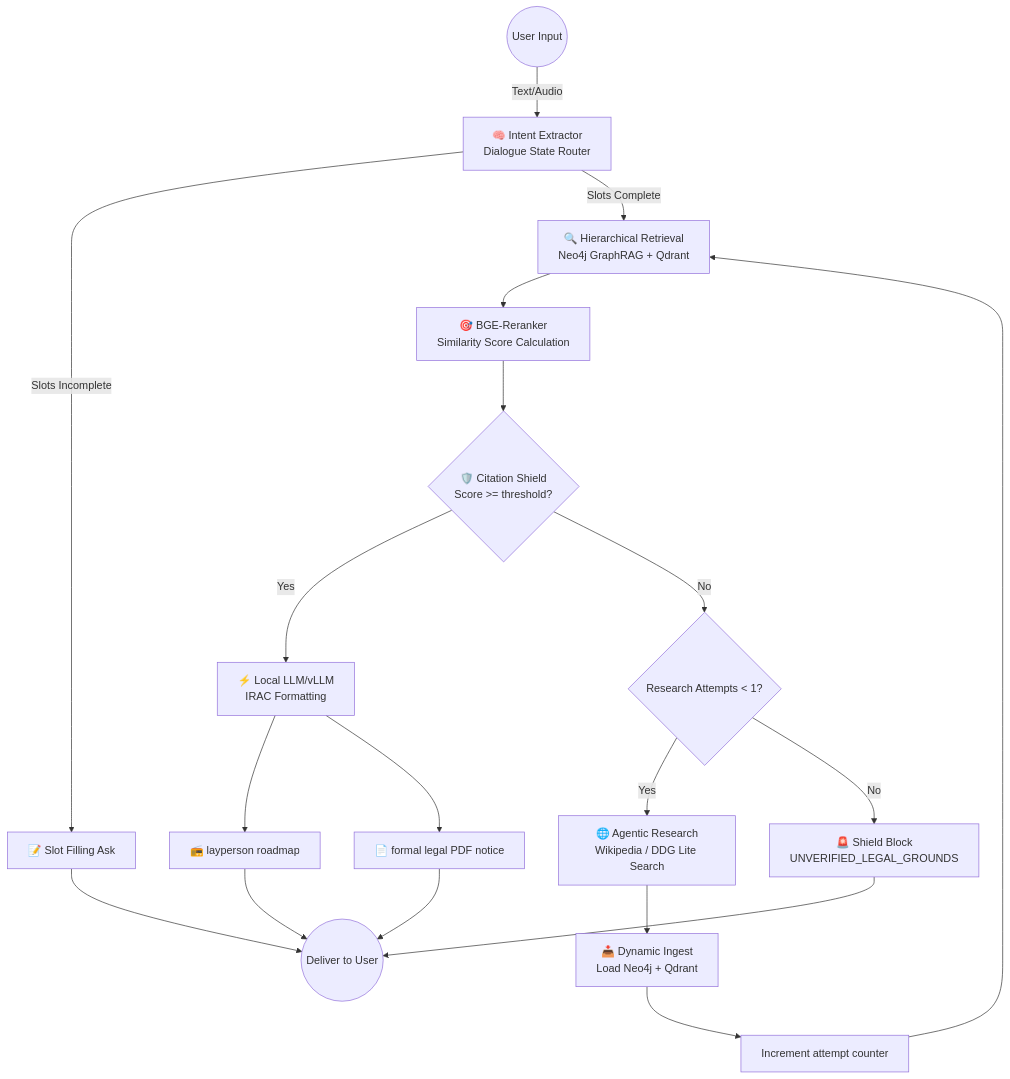
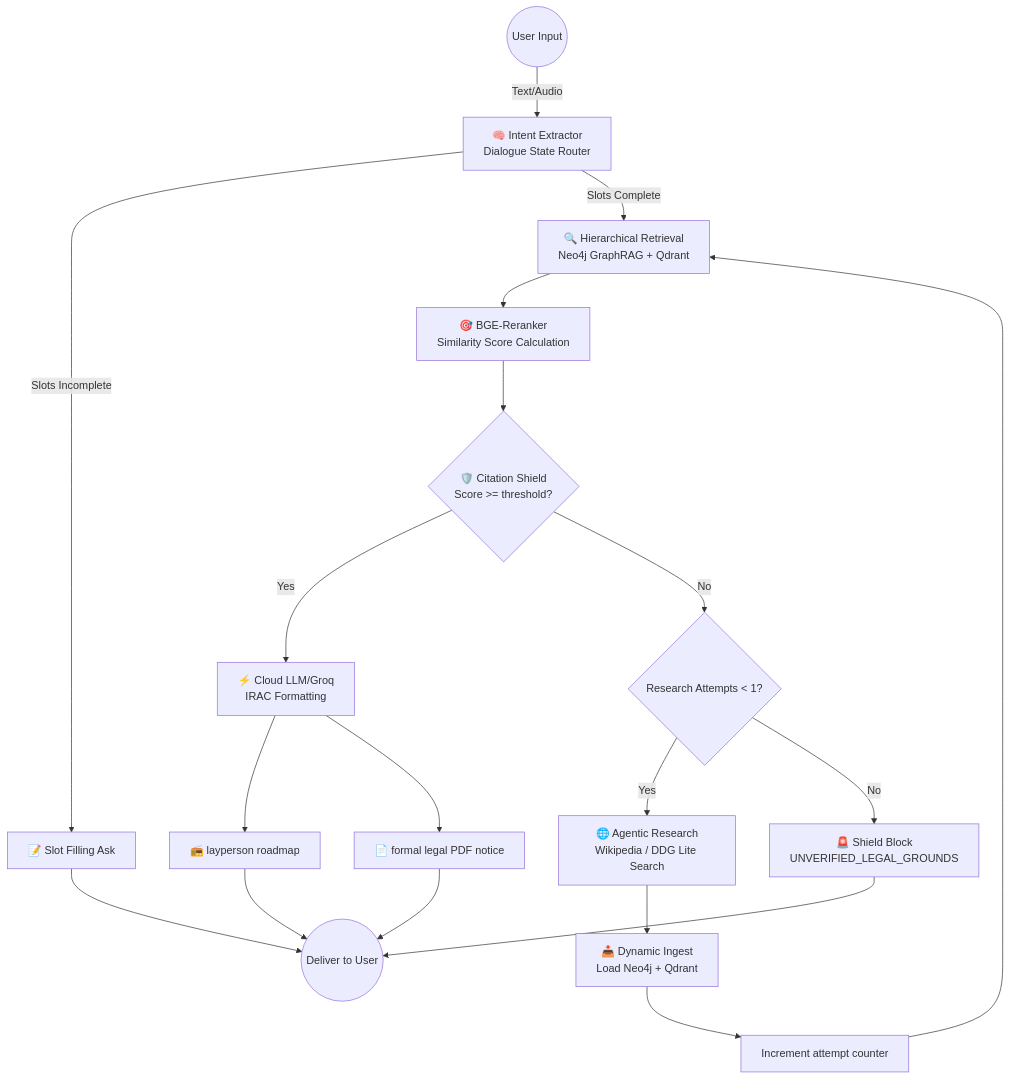
Before and after one commit to vishnup102002/LegalMind: the first of 2 diagrams in README.md, drawn with Mermaid. The commit also changed other lines of this file, not shown here.

````diff
--- a/README.md
+++ b/README.md
@@ -28,26 +27,26 @@
 ```mermaid
 graph TD
     Start((User Input)) -->|Text/Audio| IntentNode[🧠 Intent Extractor\nDialogue State Router]
     IntentNode -->|Slots Incomplete| SlotFilling[📝 Slot Filling Ask]
     IntentNode -->|Slots Complete| RetrievalEngine[🔍 Hierarchical Retrieval\nNeo4j GraphRAG + Qdrant]
     RetrievalEngine --> RerankNode[🎯 BGE-Reranker\nSimilarity Score Calculation]
     RerankNode --> Shield{🛡️ Citation Shield\nScore >= threshold?}
     
-    Shield -->|Yes| InferenceNode[⚡ Local LLM/vLLM\nIRAC Formatting]
+    Shield -->|Yes| InferenceNode[⚡ Cloud LLM/Groq\nIRAC Formatting]
     Shield -->|No| Attempts{Research Attempts < 1?}
     
     Attempts -->|Yes| WebResearch[🌐 Agentic Research\nWikipedia / DDG Lite Search]
     WebResearch --> DynamicIngest[📥 Dynamic Ingest\nLoad Neo4j + Qdrant]
     DynamicIngest --> LoopBack[Increment attempt counter]
     LoopBack --> RetrievalEngine
     
     Attempts -->|No| Rejection[🚨 Shield Block\nUNVERIFIED_LEGAL_GROUNDS]
     
     InferenceNode --> Deliverable1[📻 layperson roadmap]
     InferenceNode --> Deliverable2[📄 formal legal PDF notice]
     
     Deliverable1 --> End((Deliver to User))
     Deliverable2 --> End
     SlotFilling --> End
     Rejection --> End
 ```
````
